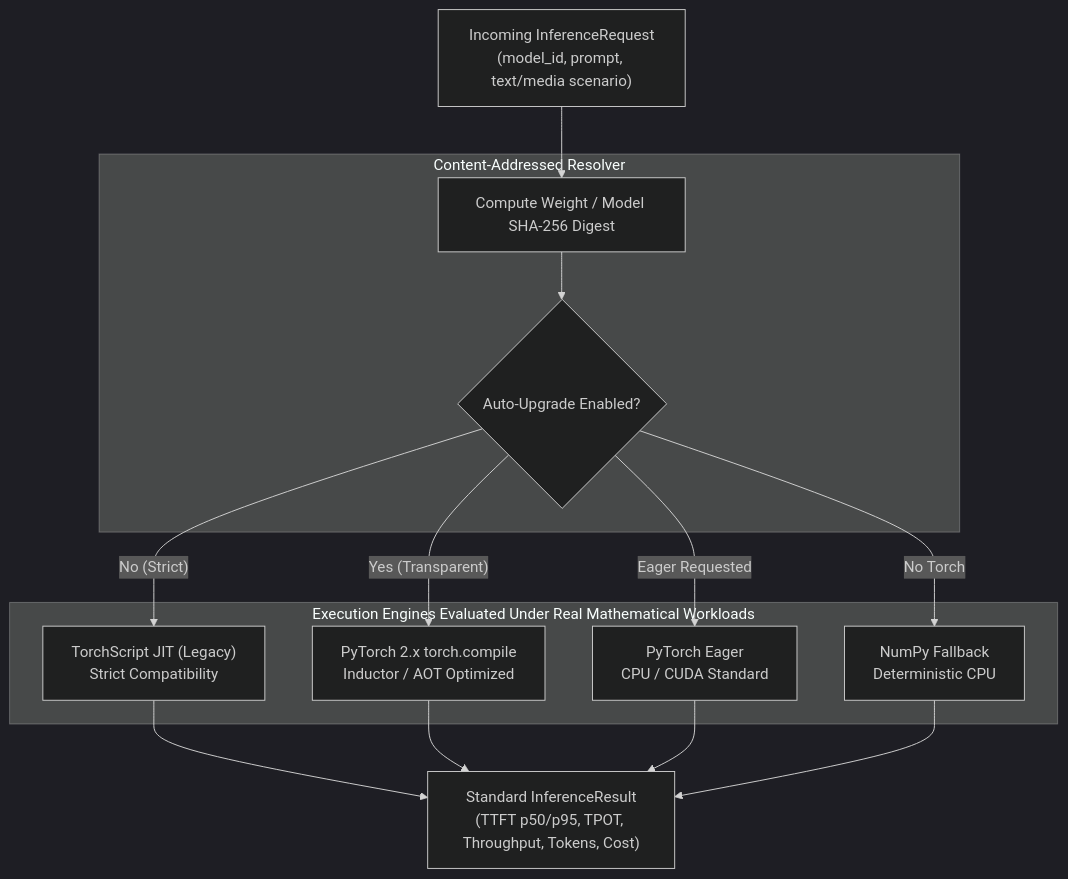
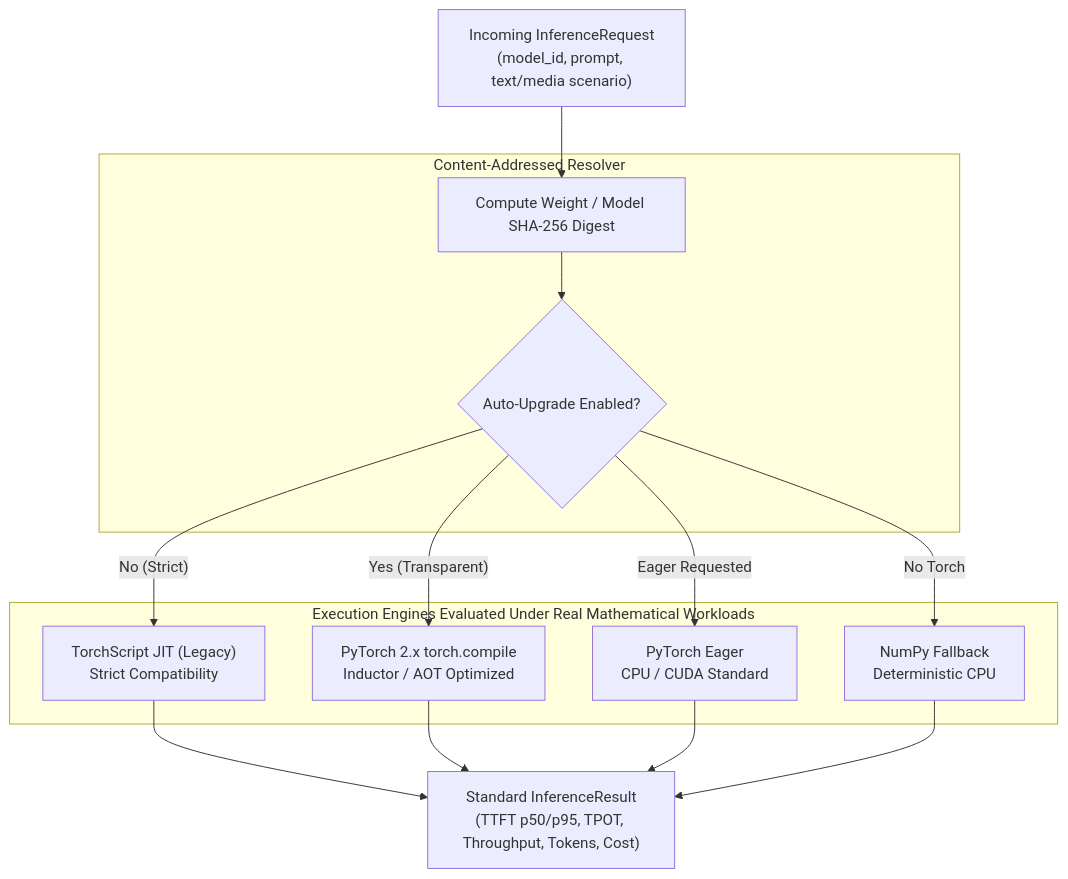
Before and after one commit to Santiagus/multi-tenant-AI-inference-platform: the diagram in docs/benchmarks/engine-comparison.md, drawn with Mermaid. The commit also changed other lines of this file and 4 other files, not shown here.

````diff
--- a/docs/benchmarks/engine-comparison.md
+++ b/docs/benchmarks/engine-comparison.md
@@ -27,29 +34,28 @@
 ```mermaid
-%%{init: {'theme': 'dark', 'themeVariables': { 'darkMode': true }}}%%
 flowchart TD
     Req["Incoming InferenceRequest\n(model_id, prompt, text/media scenario)"]
 
     subgraph Resolution["Content-Addressed Resolver"]
         Hash["Compute Weight / Model SHA-256 Digest"]
         Policy{"Auto-Upgrade Enabled?"}
     end
 
     Req --> Hash --> Policy
 
     subgraph Backends["Execution Engines Evaluated Under Real Mathematical Workloads"]
         LegacyTS["TorchScript JIT (Legacy)\nStrict Compatibility"]
         ModernCompile["PyTorch 2.x torch.compile\nInductor / AOT Optimized"]
         Eager["PyTorch Eager\nCPU / CUDA Standard"]
         Fallback["NumPy Fallback\nDeterministic CPU"]
     end
 
     Policy -->|"No (Strict)"| LegacyTS
     Policy -->|"Yes (Transparent)"| ModernCompile
     Policy -->|"Eager Requested"| Eager
     Policy -->|"No Torch"| Fallback
 
     LegacyTS --> Output["Standard InferenceResult\n(TTFT p50/p95, TPOT, Throughput, Tokens, Cost)"]
     ModernCompile --> Output
     Eager --> Output
     Fallback --> Output
 ```
````
